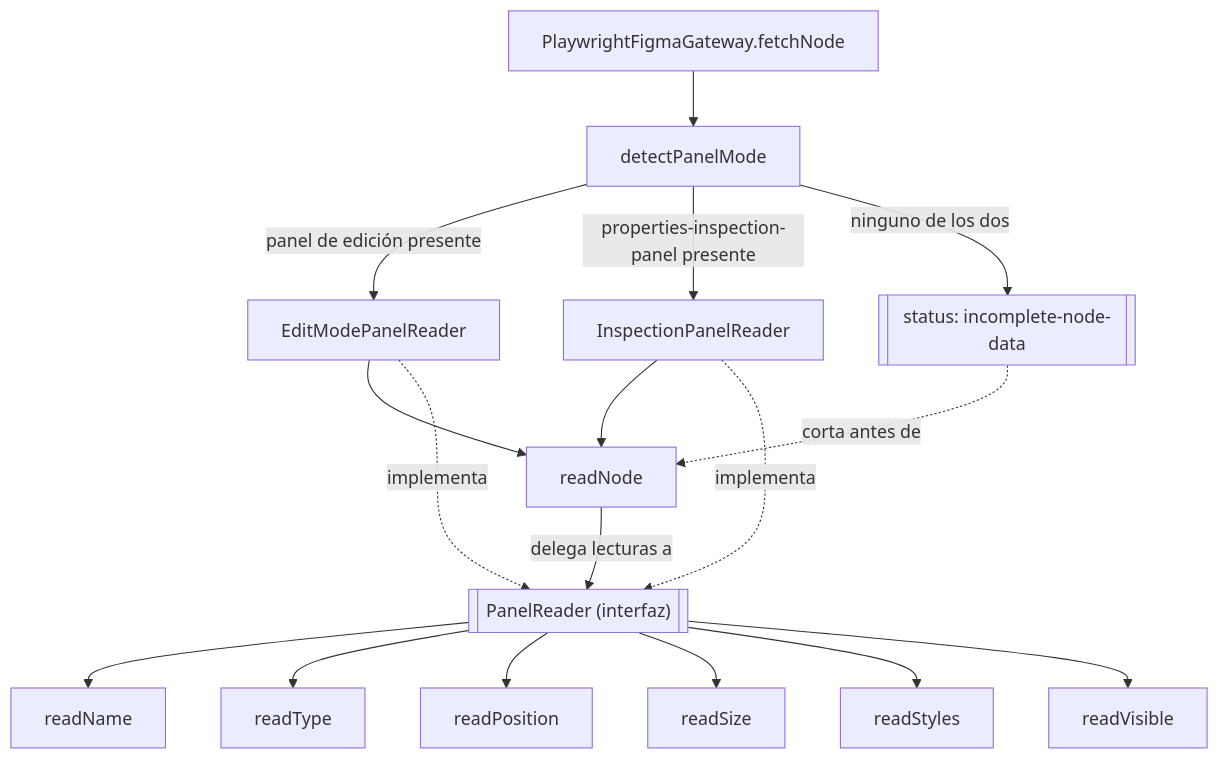
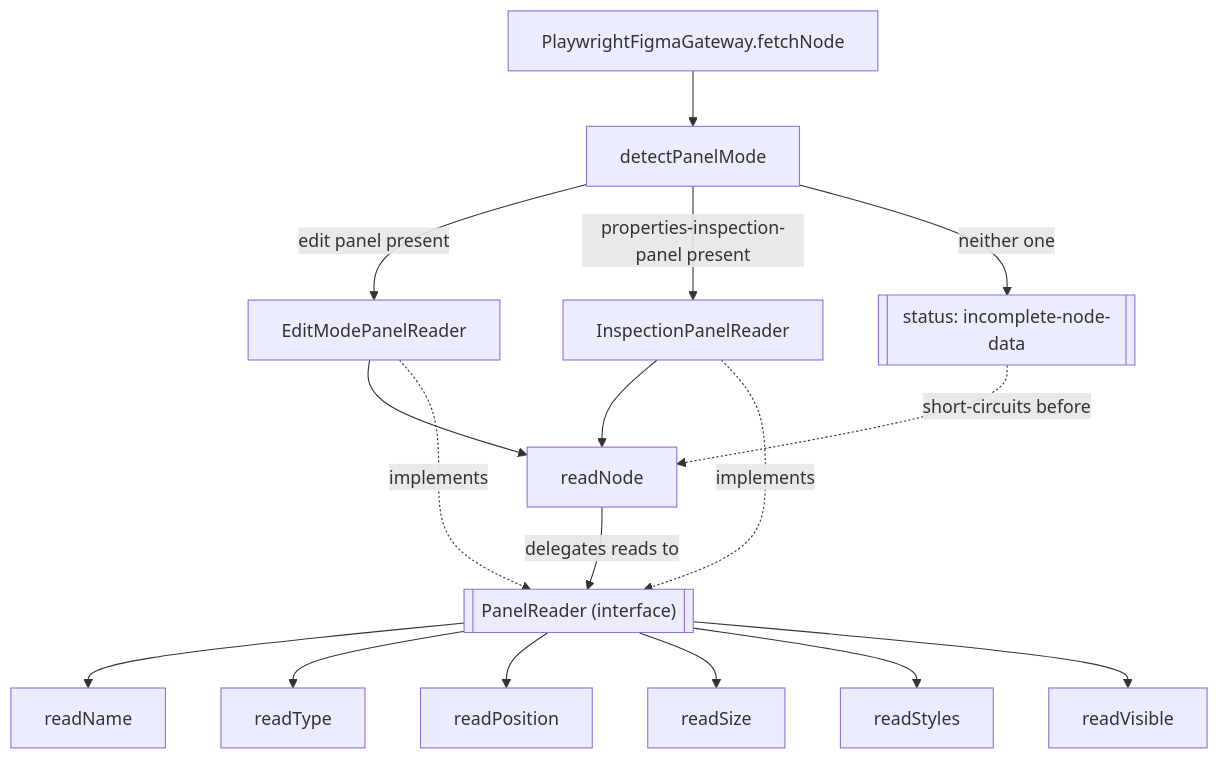
Before and after one commit to dryor/figtools: the diagram in packages/core/adr/ADR-panel-reader-bridge.md, drawn with Mermaid. The commit also changed other lines of this file and 54 other files, not shown here.

````diff
--- a/packages/core/adr/ADR-panel-reader-bridge.md
+++ b/packages/core/adr/ADR-panel-reader-bridge.md
@@ -114,22 +115,22 @@
 ```mermaid
 flowchart TD
     Fetch[PlaywrightFigmaGateway.fetchNode] --> Detect[detectPanelMode]
-    Detect -->|panel de edición presente| Edit[EditModePanelReader]
-    Detect -->|properties-inspection-panel presente| Inspection[InspectionPanelReader]
-    Detect -->|ninguno de los dos| None[["status: incomplete-node-data"]]
+    Detect -->|edit panel present| Edit[EditModePanelReader]
+    Detect -->|properties-inspection-panel present| Inspection[InspectionPanelReader]
+    Detect -->|neither one| None[["status: incomplete-node-data"]]
 
     Edit --> ReadNode[readNode]
     Inspection --> ReadNode
-    None -.corta antes de.-> ReadNode
+    None -.short-circuits before.-> ReadNode
 
-    ReadNode -->|delega lecturas a| Reader[["PanelReader (interfaz)"]]
-    Inspection -.implementa.-> Reader
-    Edit -.implementa.-> Reader
+    ReadNode -->|delegates reads to| Reader[["PanelReader (interface)"]]
+    Inspection -.implements.-> Reader
+    Edit -.implements.-> Reader
 
     Reader --> ReadName[readName]
     Reader --> ReadType[readType]
     Reader --> ReadPosition[readPosition]
     Reader --> ReadSize[readSize]
     Reader --> ReadStyles[readStyles]
     Reader --> ReadVisible[readVisible]
 ```
````
